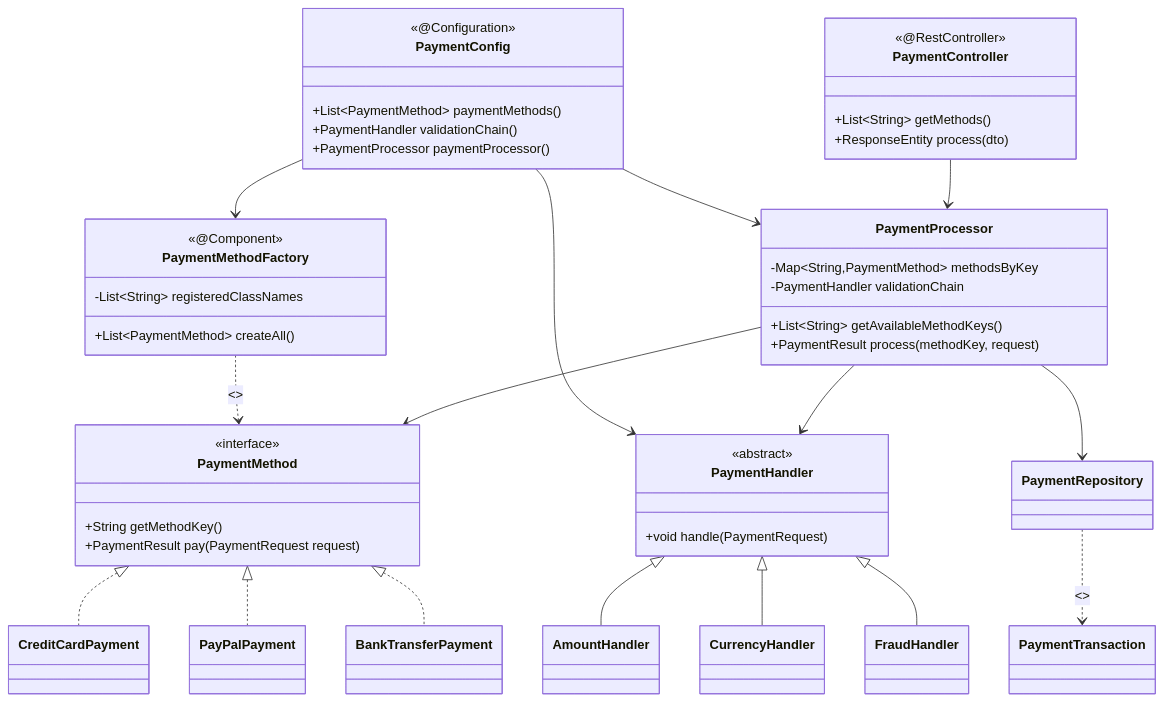
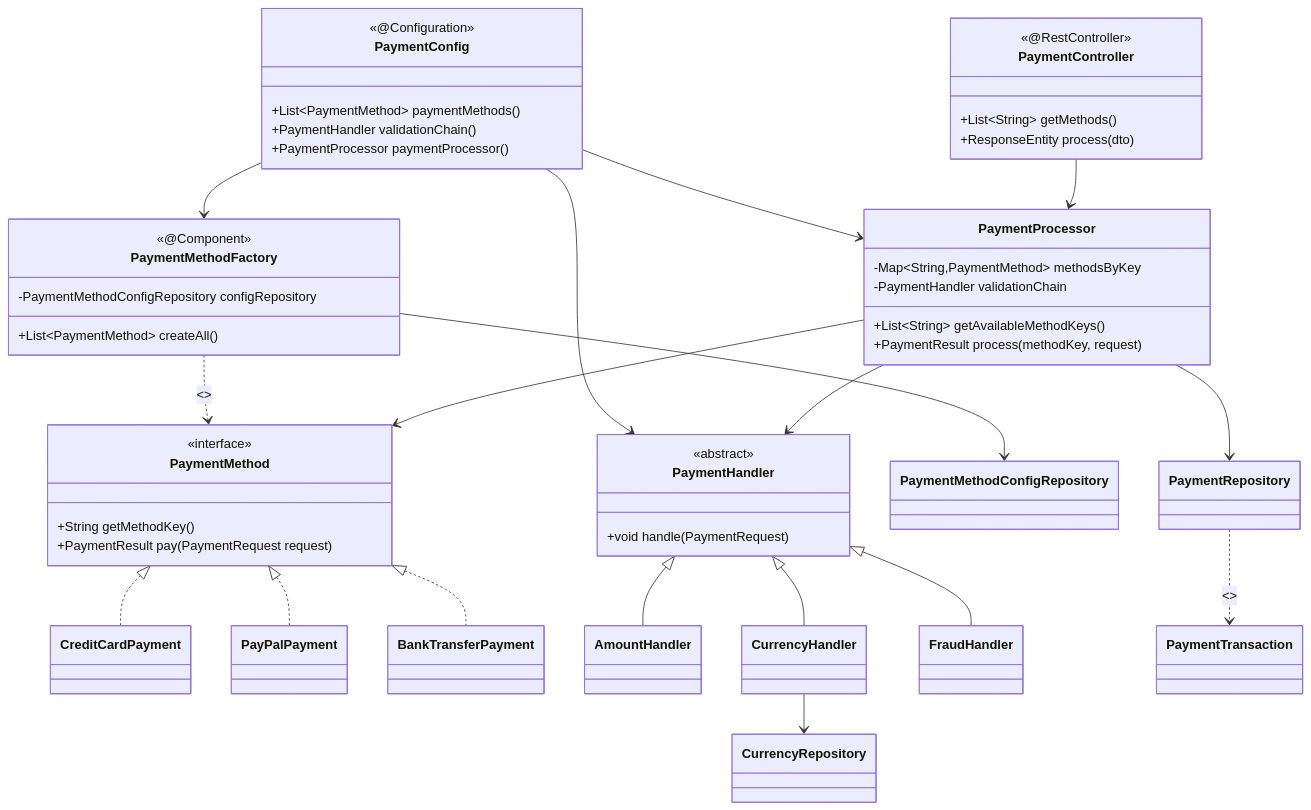
The first of 2 diagrams in README.md (SamedBilginAlternet/n11_final), drawn with Mermaid before and after one commit. The commit also changed other lines of this file, not shown here.

Commit message:
docs: update README to reflect DB-driven currencies and payment methods

````diff
--- a/README.md
+++ b/README.md
@@ -139,62 +146,64 @@
 ```mermaid
 classDiagram
     class PaymentMethod {
       <<interface>>
       +String getMethodKey()
       +PaymentResult pay(PaymentRequest request)
     }
 
     class PaymentMethodFactory {
       <<@Component>>
-      -List~String~ registeredClassNames
+      -PaymentMethodConfigRepository configRepository
       +List~PaymentMethod~ createAll()
     }
 
     class PaymentConfig {
       <<@Configuration>>
       +List~PaymentMethod~ paymentMethods()
       +PaymentHandler validationChain()
       +PaymentProcessor paymentProcessor()
     }
 
     class PaymentController {
       <<@RestController>>
       +List~String~ getMethods()
       +ResponseEntity process(dto)
     }
 
     class PaymentProcessor {
       -Map~String,PaymentMethod~ methodsByKey
       -PaymentHandler validationChain
       +List~String~ getAvailableMethodKeys()
       +PaymentResult process(methodKey, request)
     }
 
     class PaymentHandler {
       <<abstract>>
       +void handle(PaymentRequest)
     }
 
     class CreditCardPayment
     class PayPalPayment
     class BankTransferPayment
     class AmountHandler
     class CurrencyHandler
     class FraudHandler
 
     PaymentMethod <|.. CreditCardPayment
     PaymentMethod <|.. PayPalPayment
     PaymentMethod <|.. BankTransferPayment
     PaymentMethodFactory ..> PaymentMethod : <<reflection>>
+    PaymentMethodFactory --> PaymentMethodConfigRepository
+    CurrencyHandler --> CurrencyRepository
     PaymentConfig --> PaymentMethodFactory
     PaymentConfig --> PaymentProcessor
     PaymentConfig --> PaymentHandler
     PaymentController --> PaymentProcessor
     PaymentProcessor --> PaymentHandler
     PaymentProcessor --> PaymentMethod
     PaymentProcessor --> PaymentRepository
     PaymentHandler <|-- AmountHandler
     PaymentHandler <|-- CurrencyHandler
     PaymentHandler <|-- FraudHandler
     PaymentRepository ..> PaymentTransaction : <<saves>>
 ```
````
